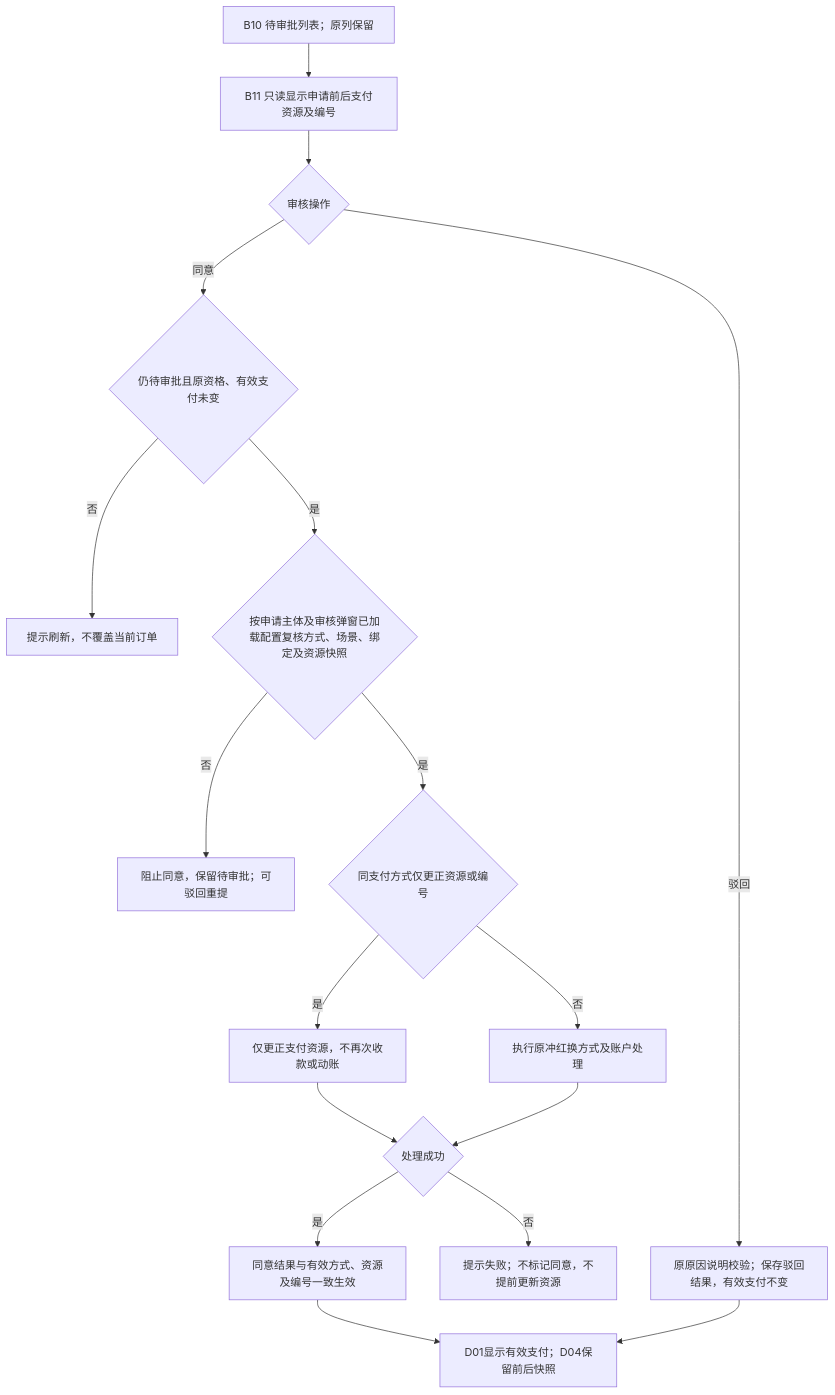
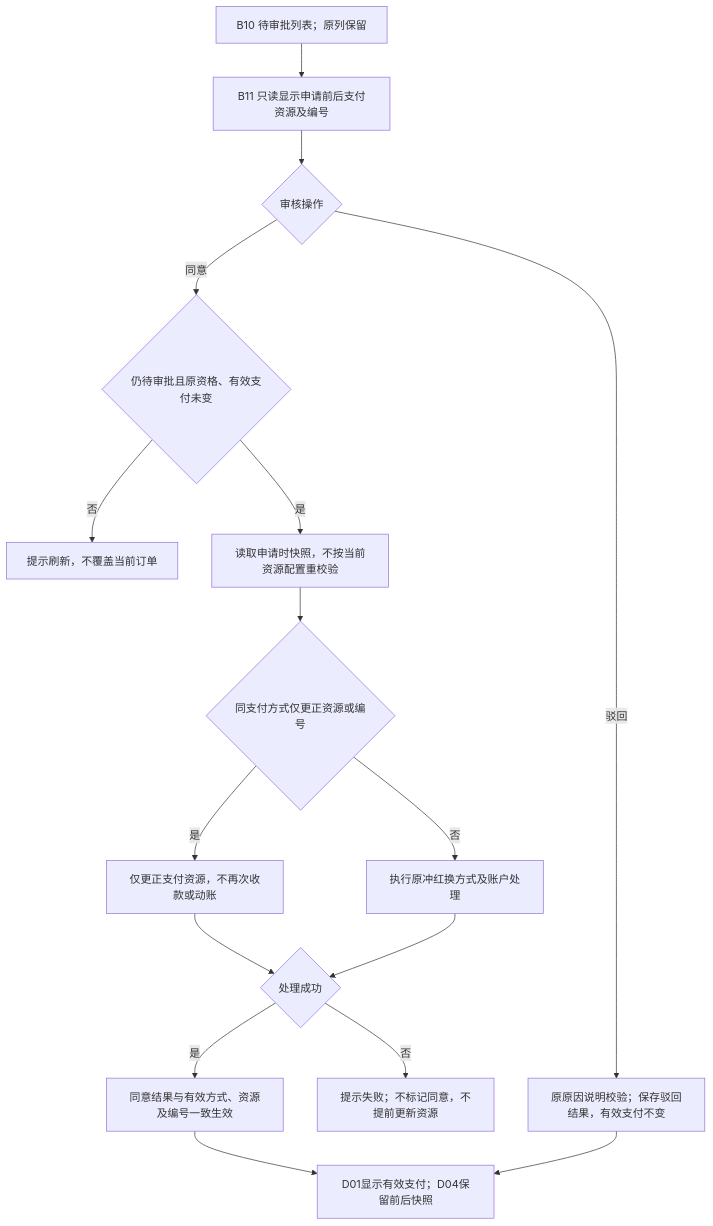
The tenth of 12 diagrams in dev-test-versions/2026-v3.6-payment-configuration-20261019/02-全程流程图.md (susantung/yanuoda), drawn with Mermaid before and after one commit. The commit also changed other lines of this file and 15 other files, not shown here.

Commit message:
V3.6：更新开发确认规则、逐页方案与流程图

````diff
--- a/dev-test-versions/2026-v3.6-payment-configuration-20261019/02-全程流程图.md
+++ b/dev-test-versions/2026-v3.6-payment-configuration-20261019/02-全程流程图.md
@@ -270,19 +271,18 @@
 ```mermaid
 flowchart TB
   PENDING[B10 待审批列表；原列保留] --> MODAL[B11 只读显示申请前后支付资源及编号]
   MODAL --> ACTION{审核操作}
   ACTION -->|驳回| REJECT[原原因说明校验；保存驳回结果，有效支付不变]
   ACTION -->|同意| STATE{仍待审批且原资格、有效支付未变}
   STATE -->|否| STOP[提示刷新，不覆盖当前订单]
-  STATE -->|是| VALID{按申请主体及审核弹窗已加载配置复核方式、场景、绑定及资源快照}
-  VALID -->|否| INVALID[阻止同意，保留待审批；可驳回重提]
-  VALID -->|是| SAME{同支付方式仅更正资源或编号}
+  STATE -->|是| SNAPSHOT[读取申请时快照，不按当前资源配置重校验]
+  SNAPSHOT --> SAME{同支付方式仅更正资源或编号}
   SAME -->|是| RESOURCE[仅更正支付资源，不再次收款或动账]
   SAME -->|否| ORIGINAL[执行原冲红换方式及账户处理]
   RESOURCE --> SUCCESS{处理成功}
   ORIGINAL --> SUCCESS
   SUCCESS -->|否| FAIL[提示失败；不标记同意，不提前更新资源]
   SUCCESS -->|是| EFFECT[同意结果与有效方式、资源及编号一致生效]
   EFFECT --> DETAIL[D01显示有效支付；D04保留前后快照]
   REJECT --> DETAIL
 ```
````
